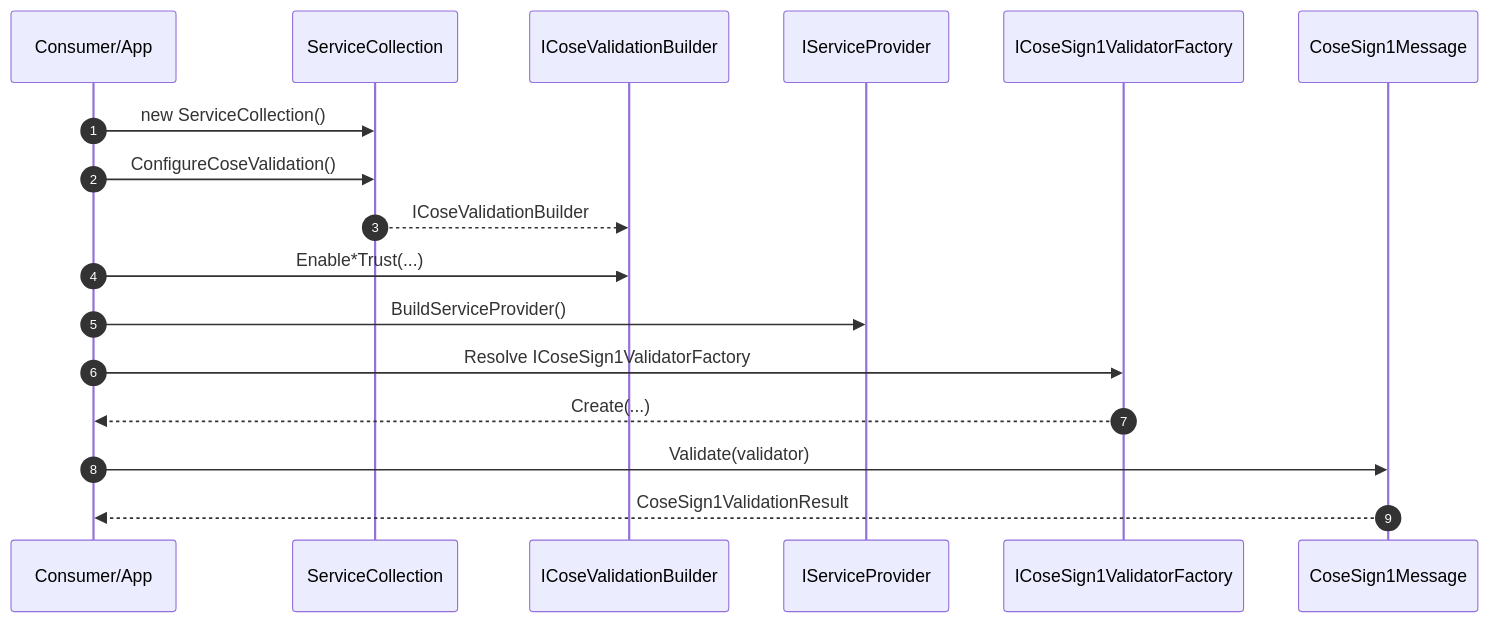
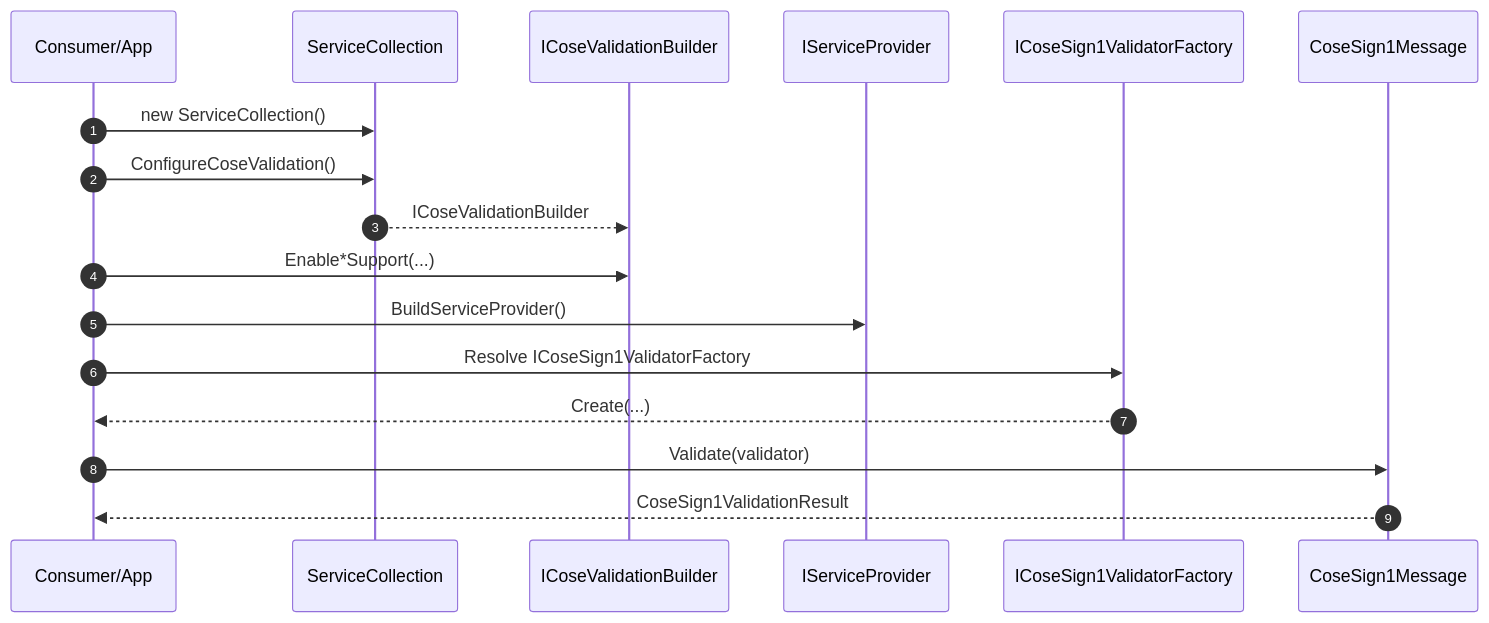
Before and after one commit to microsoft/CoseSignTool: the fourth of 5 diagrams in V2/docs/architecture/sequence-diagrams.md, drawn with Mermaid. The commit also changed other lines of this file and 146 other files, not shown here.

````diff
--- a/V2/docs/architecture/sequence-diagrams.md
+++ b/V2/docs/architecture/sequence-diagrams.md
@@ -164,20 +164,20 @@
 ```mermaid
 sequenceDiagram
     autonumber
     participant App as Consumer/App
     participant SC as ServiceCollection
     participant VB as ICoseValidationBuilder
     participant SP as IServiceProvider
     participant F as ICoseSign1ValidatorFactory
     participant Msg as CoseSign1Message
 
     App->>SC: new ServiceCollection()
     App->>SC: ConfigureCoseValidation()
     SC-->>VB: ICoseValidationBuilder
-    App->>VB: Enable*Trust(...)
+    App->>VB: Enable*Support(...)
     App->>SP: BuildServiceProvider()
     App->>F: Resolve ICoseSign1ValidatorFactory
     F-->>App: Create(...)
     App->>Msg: Validate(validator)
     Msg-->>App: CoseSign1ValidationResult
 ```
````
